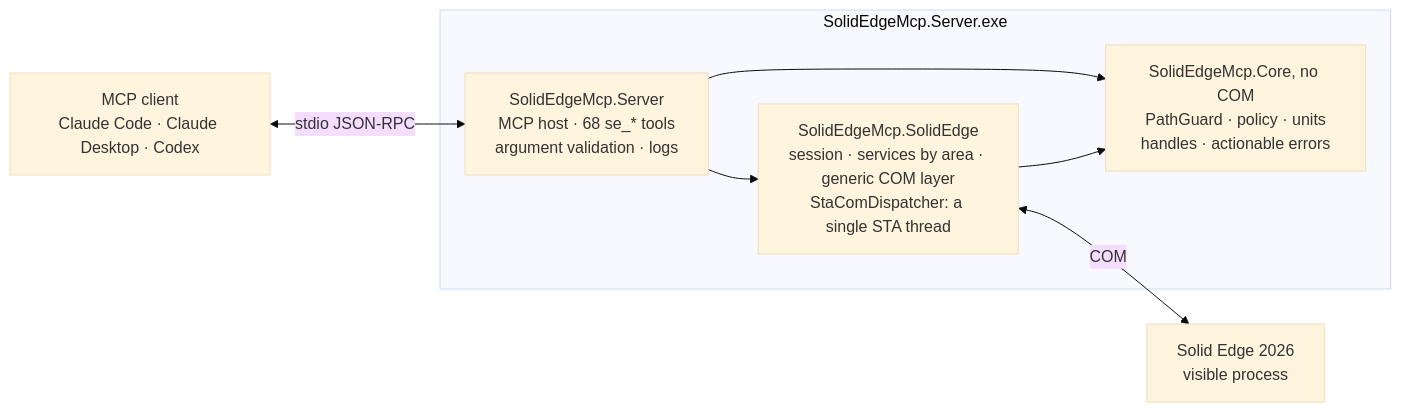
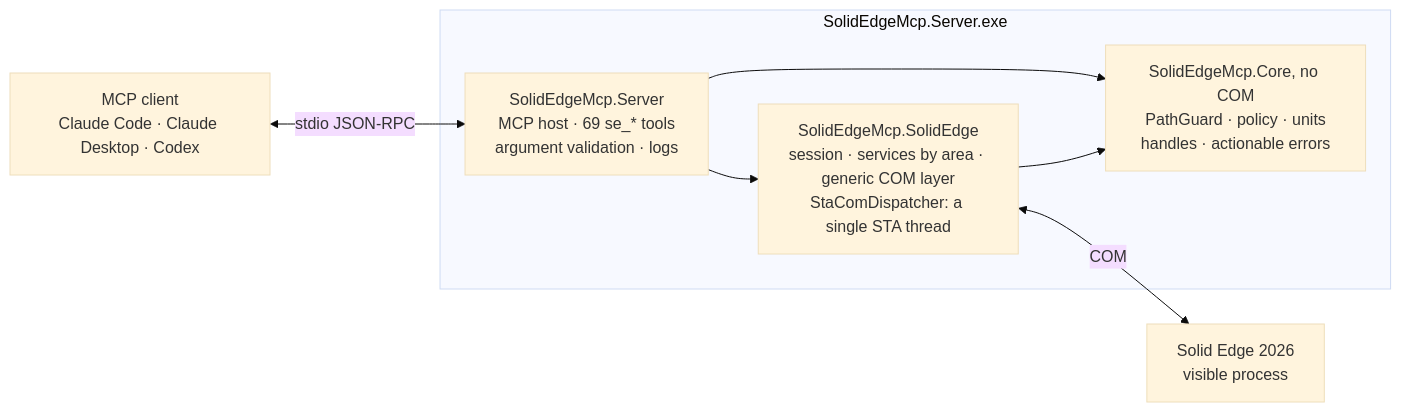
Before and after one commit to gabichuuuuu/solid-edge-mcp: the diagram in README.md, drawn with Mermaid (base theme). The commit also changed other lines of this file and 10 other files, not shown here.

````diff
--- a/README.md
+++ b/README.md
@@ -312,18 +313,18 @@
 ```mermaid
 flowchart LR
     client["MCP client<br/>Claude Code · Claude Desktop · Codex"]
 
     subgraph exe ["SolidEdgeMcp.Server.exe"]
-        server["SolidEdgeMcp.Server<br/>MCP host · 68 se_* tools<br/>argument validation · logs"]
+        server["SolidEdgeMcp.Server<br/>MCP host · 69 se_* tools<br/>argument validation · logs"]
         se["SolidEdgeMcp.SolidEdge<br/>session · services by area · generic COM layer<br/>StaComDispatcher: a single STA thread"]
         core["SolidEdgeMcp.Core, no COM<br/>PathGuard · policy · units<br/>handles · actionable errors"]
         server --> se
         server --> core
         se --> core
     end
 
     app["Solid Edge 2026<br/>visible process"]
 
     client <-->|stdio JSON-RPC| server
     se <-->|COM| app
 ```
````
